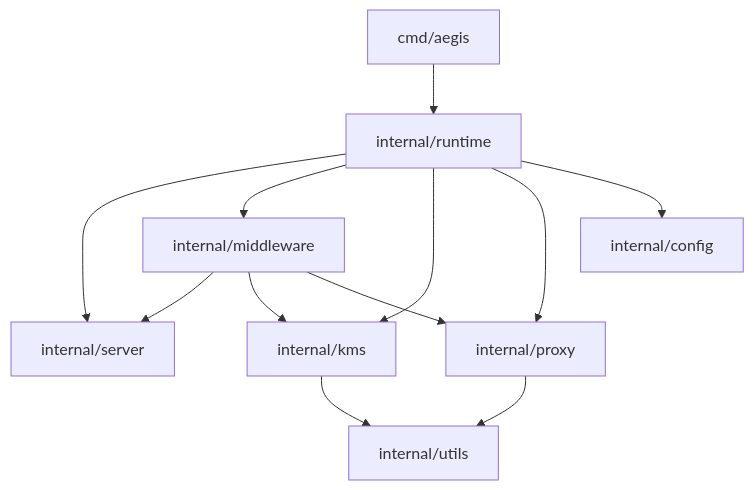
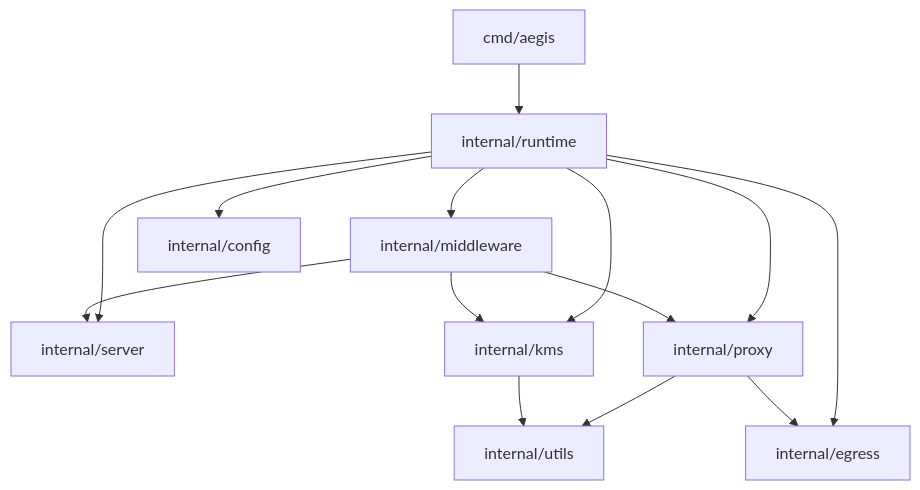
The diagram in docs/module-boundaries.md (yknothing/AegisLLM), drawn with Mermaid before and after one commit. The commit also changed other lines of this file and 13 other files, not shown here.

````diff
--- a/docs/module-boundaries.md
+++ b/docs/module-boundaries.md
@@ -5,14 +5,16 @@
 ```mermaid
 flowchart TD
   cmd["cmd/aegis"] --> runtime["internal/runtime"]
   runtime --> server["internal/server"]
   runtime --> middleware["internal/middleware"]
   runtime --> kms["internal/kms"]
+  runtime --> egress["internal/egress"]
   runtime --> proxy["internal/proxy"]
   runtime --> config["internal/config"]
   middleware --> server
   middleware --> kms
   middleware --> proxy
+  proxy --> egress
   proxy --> utils["internal/utils"]
   kms --> utils
 ```
````
